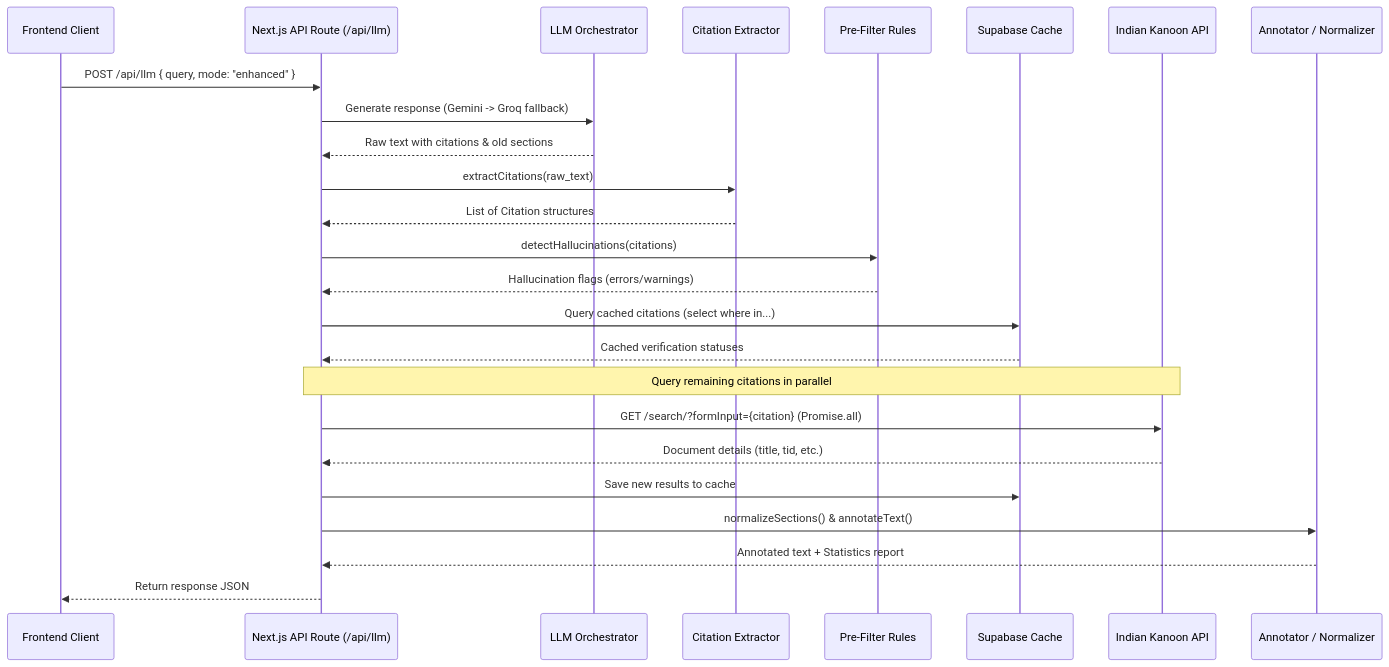
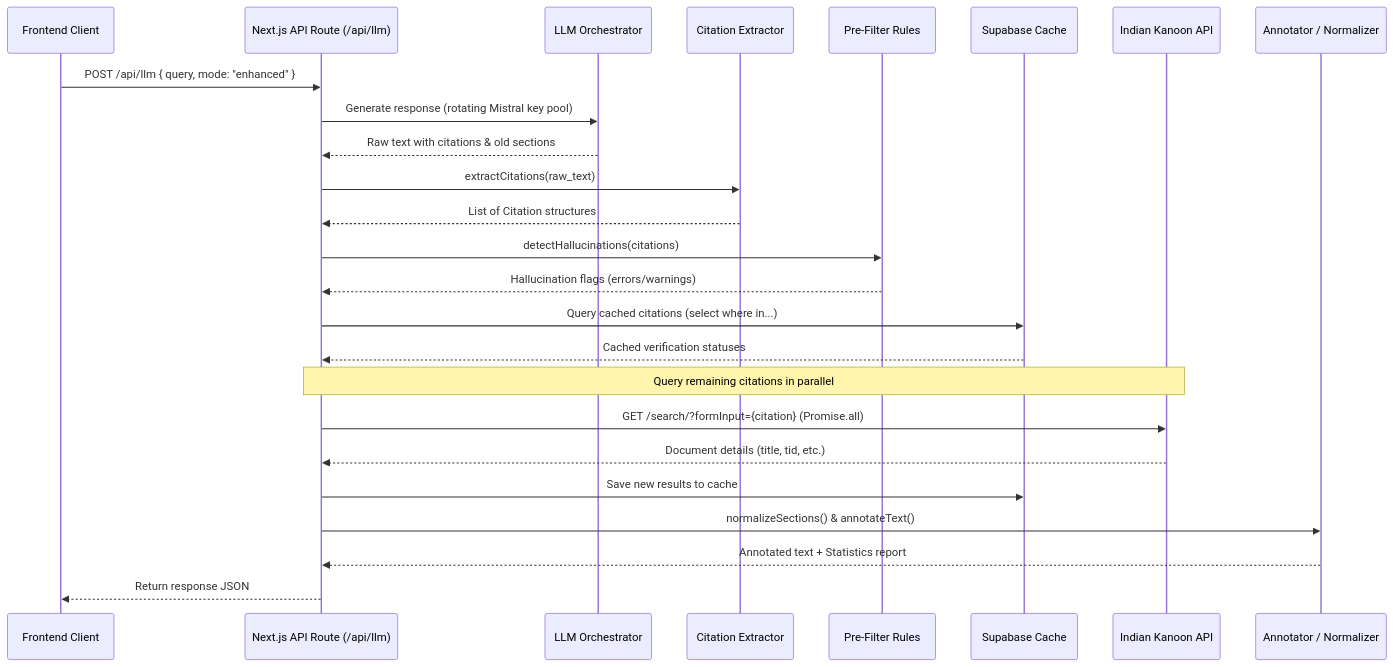
The second of 2 diagrams in docs/architecture.md (sivaprasannachatti-spec/Citation-Verification-Engine), drawn with Mermaid before and after one commit. The commit also changed other lines of this file and 7 other files, not shown here.

````diff
--- a/docs/architecture.md
+++ b/docs/architecture.md
@@ -33,34 +33,34 @@
 ```mermaid
 sequenceDiagram
     participant FE as Frontend Client
     participant API as Next.js API Route (/api/llm)
     participant LLM as LLM Orchestrator
     participant EX as Citation Extractor
     participant PF as Pre-Filter Rules
     participant SC as Supabase Cache
     participant IK as Indian Kanoon API
     participant AN as Annotator / Normalizer
 
     FE->>API: POST /api/llm { query, mode: "enhanced" }
-    API->>LLM: Generate response (Gemini -> Groq fallback)
+    API->>LLM: Generate response (rotating Mistral key pool)
     LLM-->>API: Raw text with citations & old sections
     
     API->>EX: extractCitations(raw_text)
     EX-->>API: List of Citation structures
     
     API->>PF: detectHallucinations(citations)
     PF-->>API: Hallucination flags (errors/warnings)
     
     API->>SC: Query cached citations (select where in...)
     SC-->>API: Cached verification statuses
     
     Note over API,IK: Query remaining citations in parallel
     API->>IK: GET /search/?formInput={citation} (Promise.all)
     IK-->>API: Document details (title, tid, etc.)
     
     API->>SC: Save new results to cache
     
     API->>AN: normalizeSections() & annotateText()
     AN-->>API: Annotated text + Statistics report
     API-->>FE: Return response JSON
 ```
````
